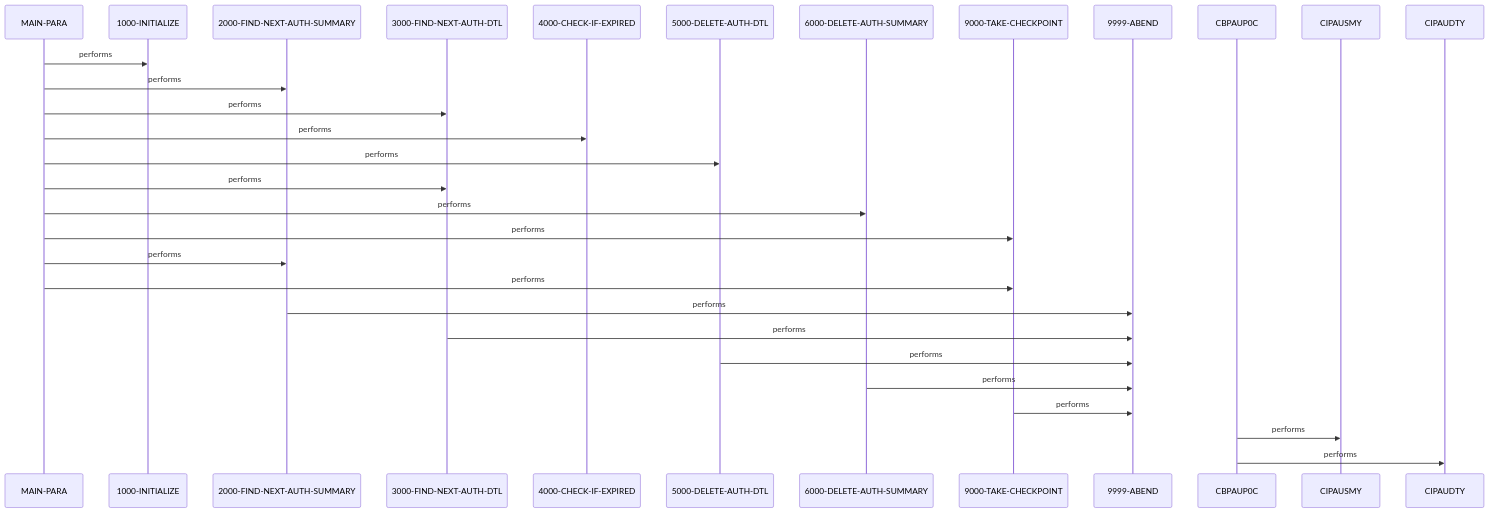
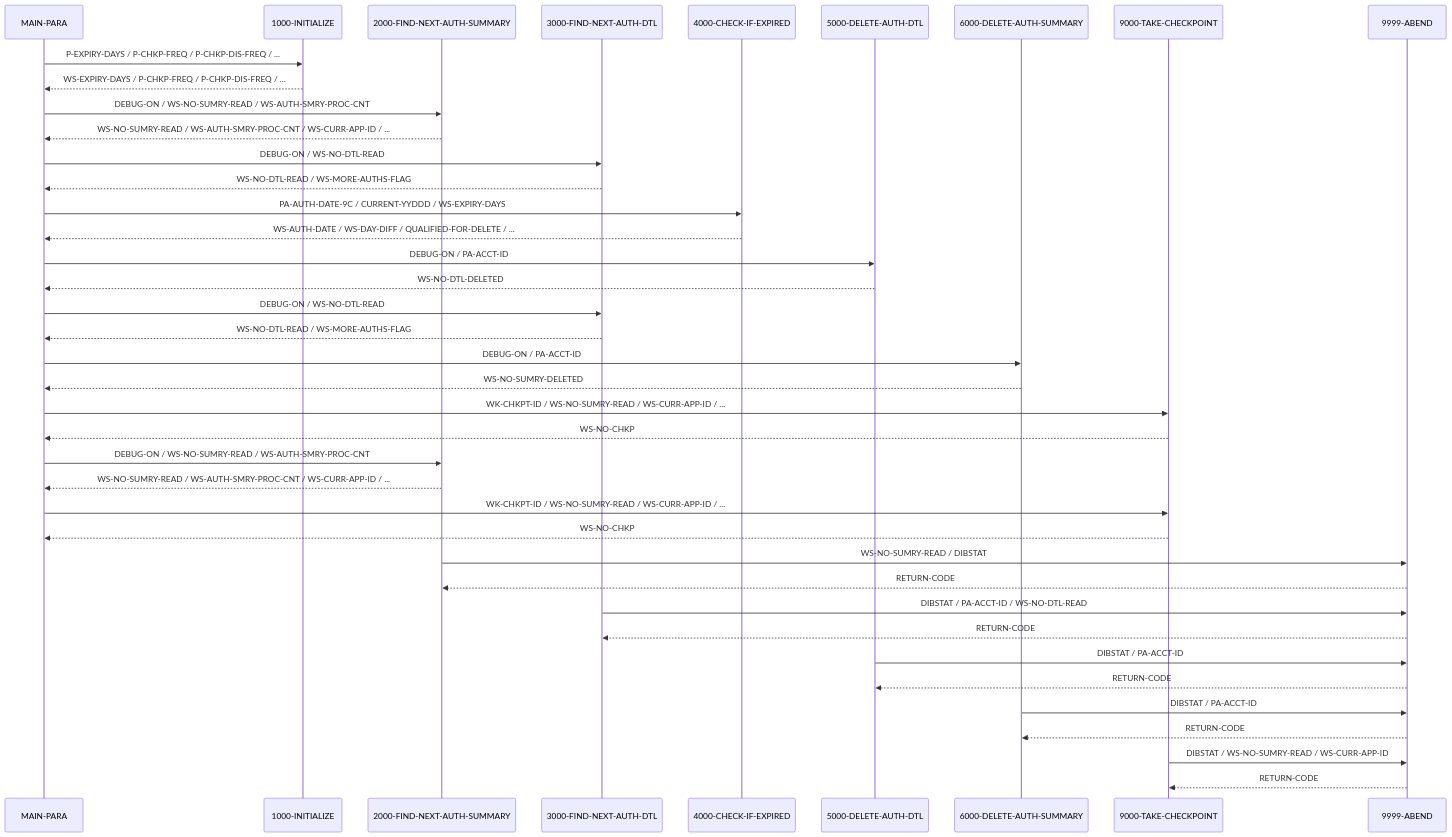
The second of 2 diagrams in example_output/cbl/CBPAUP0C.cbl.md (andrasfe/war_rig), drawn with Mermaid before and after one commit. The commit also changed other lines of this file and 265 other files, not shown here.

````diff
--- a/example_output/cbl/CBPAUP0C.cbl.md
+++ b/example_output/cbl/CBPAUP0C.cbl.md
@@ -124,32 +112,42 @@
 ```mermaid
 sequenceDiagram
     participant MAIN_PARA as MAIN-PARA
     participant 1000_INITIALIZE as 1000-INITIALIZE
     participant 2000_FIND_NEXT_AUTH_SUMMARY as 2000-FIND-NEXT-AUTH-SUMMARY
     participant 3000_FIND_NEXT_AUTH_DTL as 3000-FIND-NEXT-AUTH-DTL
     participant 4000_CHECK_IF_EXPIRED as 4000-CHECK-IF-EXPIRED
     participant 5000_DELETE_AUTH_DTL as 5000-DELETE-AUTH-DTL
     participant 6000_DELETE_AUTH_SUMMARY as 6000-DELETE-AUTH-SUMMARY
     participant 9000_TAKE_CHECKPOINT as 9000-TAKE-CHECKPOINT
     participant 9999_ABEND as 9999-ABEND
-    participant CBPAUP0C as CBPAUP0C
-    participant CIPAUSMY as CIPAUSMY
-    participant CIPAUDTY as CIPAUDTY
-    MAIN_PARA->>1000_INITIALIZE: performs
-    MAIN_PARA->>2000_FIND_NEXT_AUTH_SUMMARY: performs
-    MAIN_PARA->>3000_FIND_NEXT_AUTH_DTL: performs
-    MAIN_PARA->>4000_CHECK_IF_EXPIRED: performs
-    MAIN_PARA->>5000_DELETE_AUTH_DTL: performs
-    MAIN_PARA->>3000_FIND_NEXT_AUTH_DTL: performs
-    MAIN_PARA->>6000_DELETE_AUTH_SUMMARY: performs
-    MAIN_PARA->>9000_TAKE_CHECKPOINT: performs
-    MAIN_PARA->>2000_FIND_NEXT_AUTH_SUMMARY: performs
-    MAIN_PARA->>9000_TAKE_CHECKPOINT: performs
-    2000_FIND_NEXT_AUTH_SUMMARY->>9999_ABEND: performs
-    3000_FIND_NEXT_AUTH_DTL->>9999_ABEND: performs
-    5000_DELETE_AUTH_DTL->>9999_ABEND: performs
-    6000_DELETE_AUTH_SUMMARY->>9999_ABEND: performs
-    9000_TAKE_CHECKPOINT->>9999_ABEND: performs
-    CBPAUP0C->>CIPAUSMY: performs
-    CBPAUP0C->>CIPAUDTY: performs
+    MAIN_PARA->>1000_INITIALIZE: P-EXPIRY-DAYS / P-CHKP-FREQ / P-CHKP-DIS-FREQ / ...
+    1000_INITIALIZE-->>MAIN_PARA: WS-EXPIRY-DAYS / P-CHKP-FREQ / P-CHKP-DIS-FREQ / ...
+    MAIN_PARA->>2000_FIND_NEXT_AUTH_SUMMARY: DEBUG-ON / WS-NO-SUMRY-READ / WS-AUTH-SMRY-PROC-CNT
+    2000_FIND_NEXT_AUTH_SUMMARY-->>MAIN_PARA: WS-NO-SUMRY-READ / WS-AUTH-SMRY-PROC-CNT / WS-CURR-APP-ID / ...
+    MAIN_PARA->>3000_FIND_NEXT_AUTH_DTL: DEBUG-ON / WS-NO-DTL-READ
+    3000_FIND_NEXT_AUTH_DTL-->>MAIN_PARA: WS-NO-DTL-READ / WS-MORE-AUTHS-FLAG
+    MAIN_PARA->>4000_CHECK_IF_EXPIRED: PA-AUTH-DATE-9C / CURRENT-YYDDD / WS-EXPIRY-DAYS
+    4000_CHECK_IF_EXPIRED-->>MAIN_PARA: WS-AUTH-DATE / WS-DAY-DIFF / QUALIFIED-FOR-DELETE / ...
+    MAIN_PARA->>5000_DELETE_AUTH_DTL: DEBUG-ON / PA-ACCT-ID
+    5000_DELETE_AUTH_DTL-->>MAIN_PARA: WS-NO-DTL-DELETED
+    MAIN_PARA->>3000_FIND_NEXT_AUTH_DTL: DEBUG-ON / WS-NO-DTL-READ
+    3000_FIND_NEXT_AUTH_DTL-->>MAIN_PARA: WS-NO-DTL-READ / WS-MORE-AUTHS-FLAG
+    MAIN_PARA->>6000_DELETE_AUTH_SUMMARY: DEBUG-ON / PA-ACCT-ID
+    6000_DELETE_AUTH_SUMMARY-->>MAIN_PARA: WS-NO-SUMRY-DELETED
+    MAIN_PARA->>9000_TAKE_CHECKPOINT: WK-CHKPT-ID / WS-NO-SUMRY-READ / WS-CURR-APP-ID / ...
+    9000_TAKE_CHECKPOINT-->>MAIN_PARA: WS-NO-CHKP
+    MAIN_PARA->>2000_FIND_NEXT_AUTH_SUMMARY: DEBUG-ON / WS-NO-SUMRY-READ / WS-AUTH-SMRY-PROC-CNT
+    2000_FIND_NEXT_AUTH_SUMMARY-->>MAIN_PARA: WS-NO-SUMRY-READ / WS-AUTH-SMRY-PROC-CNT / WS-CURR-APP-ID / ...
+    MAIN_PARA->>9000_TAKE_CHECKPOINT: WK-CHKPT-ID / WS-NO-SUMRY-READ / WS-CURR-APP-ID / ...
+    9000_TAKE_CHECKPOINT-->>MAIN_PARA: WS-NO-CHKP
+    2000_FIND_NEXT_AUTH_SUMMARY->>9999_ABEND: WS-NO-SUMRY-READ / DIBSTAT
+    9999_ABEND-->>2000_FIND_NEXT_AUTH_SUMMARY: RETURN-CODE
+    3000_FIND_NEXT_AUTH_DTL->>9999_ABEND: DIBSTAT / PA-ACCT-ID / WS-NO-DTL-READ
+    9999_ABEND-->>3000_FIND_NEXT_AUTH_DTL: RETURN-CODE
+    5000_DELETE_AUTH_DTL->>9999_ABEND: DIBSTAT / PA-ACCT-ID
+    9999_ABEND-->>5000_DELETE_AUTH_DTL: RETURN-CODE
+    6000_DELETE_AUTH_SUMMARY->>9999_ABEND: DIBSTAT / PA-ACCT-ID
+    9999_ABEND-->>6000_DELETE_AUTH_SUMMARY: RETURN-CODE
+    9000_TAKE_CHECKPOINT->>9999_ABEND: DIBSTAT / WS-NO-SUMRY-READ / WS-CURR-APP-ID
+    9999_ABEND-->>9000_TAKE_CHECKPOINT: RETURN-CODE
 ```
````
